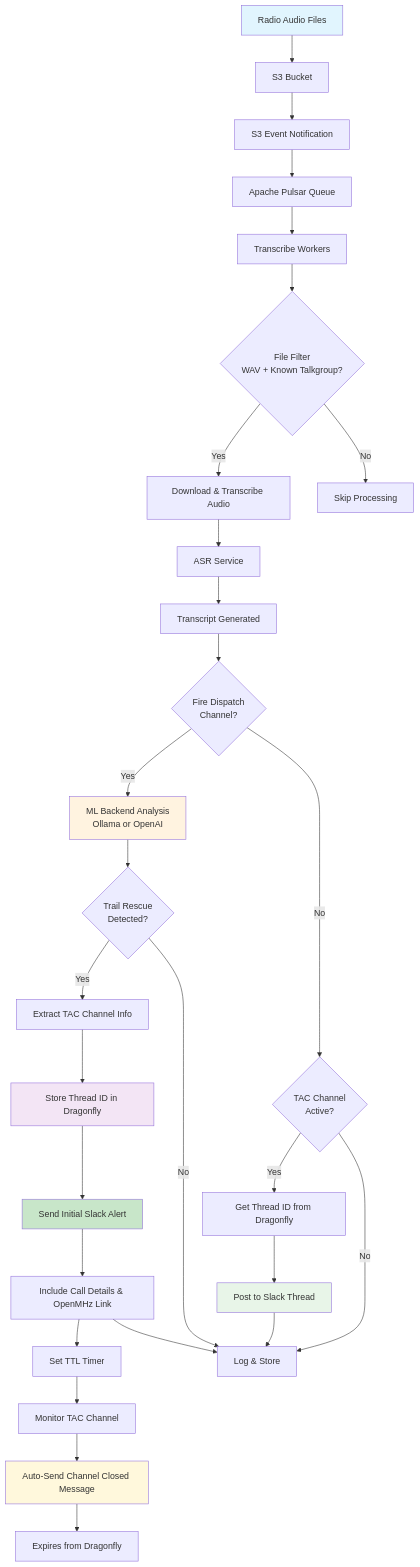
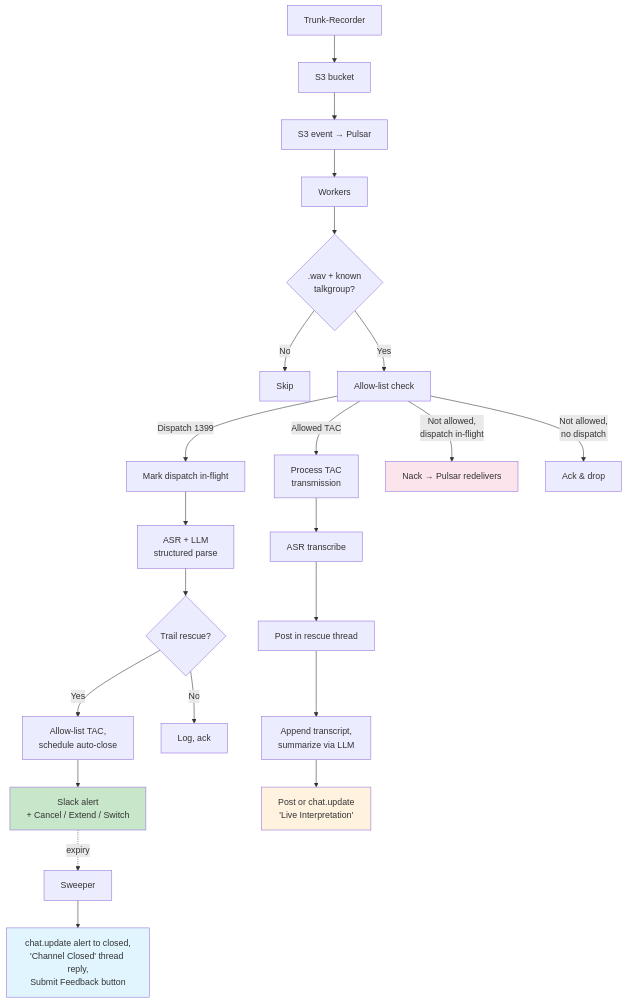
Before and after one commit to searchandrescuegg/transcribe: the diagram in README.md, drawn with Mermaid. The commit also changed other lines of this file and 55 other files, not shown here.

First line of the commit message:
feat: socket-mode interactivity, live interpretation, feedback form, encrypted call types

````diff
--- a/README.md
+++ b/README.md
@@ -45,45 +62,34 @@
 ```mermaid
 flowchart TD
-    A[Radio Audio Files] --> B[S3 Bucket]
-    B --> C[S3 Event Notification]
-    C --> D[Apache Pulsar Queue]
-    D --> E[Transcribe Workers]
-    
-    E --> F{File Filter<br/>WAV + Known Talkgroup?}
-    F -->|Yes| G[Download & Transcribe Audio]
-    F -->|No| Z[Skip Processing]
-    
-    G --> H[ASR Service]
-    H --> I[Transcript Generated]
-    
-    I --> J{Fire Dispatch<br/>Channel?}
-    J -->|Yes| K[ML Backend Analysis<br/>Ollama or OpenAI]
-    J -->|No| R{TAC Channel<br/>Active?}
-    
-    K --> M{Trail Rescue<br/>Detected?}
-    M -->|Yes| N[Extract TAC Channel Info]
-    M -->|No| L[Log & Store]
-    
-    N --> O[Store Thread ID in Dragonfly]
-    O --> P[Send Initial Slack Alert]
-    P --> Q[Include Call Details & OpenMHz Link]
-    
-    R -->|Yes| S[Get Thread ID from Dragonfly]
-    R -->|No| L
-    S --> T[Post to Slack Thread]
-    
-    Q --> U[Set TTL Timer]
-    U --> V[Monitor TAC Channel]
-    V --> W[Auto-Send Channel Closed Message]
-    
-    T --> L
-    W --> X[Expires from Dragonfly]
-    Q --> L
-    
-    style A fill:#e1f5fe
-    style P fill:#c8e6c9
-    style K fill:#fff3e0
-    style O fill:#f3e5f5
-    style T fill:#e8f5e8
-    style W fill:#fff8dc
+    A[Trunk-Recorder] --> B[S3 bucket]
+    B --> C[S3 event → Pulsar]
+    C --> D[Workers]
+
+    D --> E{.wav + known<br/>talkgroup?}
+    E -->|No| Z[Skip]
+    E -->|Yes| F[Allow-list check]
+
+    F -->|Dispatch 1399| G[Mark dispatch in-flight]
+    F -->|Allowed TAC| TAC[Process TAC<br/>transmission]
+    F -->|Not allowed,<br/>dispatch in-flight| RETRY[Nack → Pulsar redelivers]
+    F -->|Not allowed,<br/>no dispatch| ACK[Ack & drop]
+
+    G --> H[ASR + LLM<br/>structured parse]
+    H --> I{Trail rescue?}
+    I -->|Yes| J[Allow-list TAC,<br/>schedule auto-close]
+    I -->|No| L[Log, ack]
+    J --> K[Slack alert<br/>+ Cancel / Extend / Switch]
+
+    TAC --> M[ASR transcribe]
+    M --> N[Post in rescue thread]
+    N --> P[Append transcript,<br/>summarize via LLM]
+    P --> Q[Post or chat.update<br/>'Live Interpretation']
+
+    K -.expiry.-> S[Sweeper]
+    S --> T[chat.update alert to closed,<br/>'Channel Closed' thread reply,<br/>Submit Feedback button]
+
+    style K fill:#c8e6c9
+    style Q fill:#fff3e0
+    style T fill:#e1f5fe
+    style RETRY fill:#fce4ec
 ```
````
